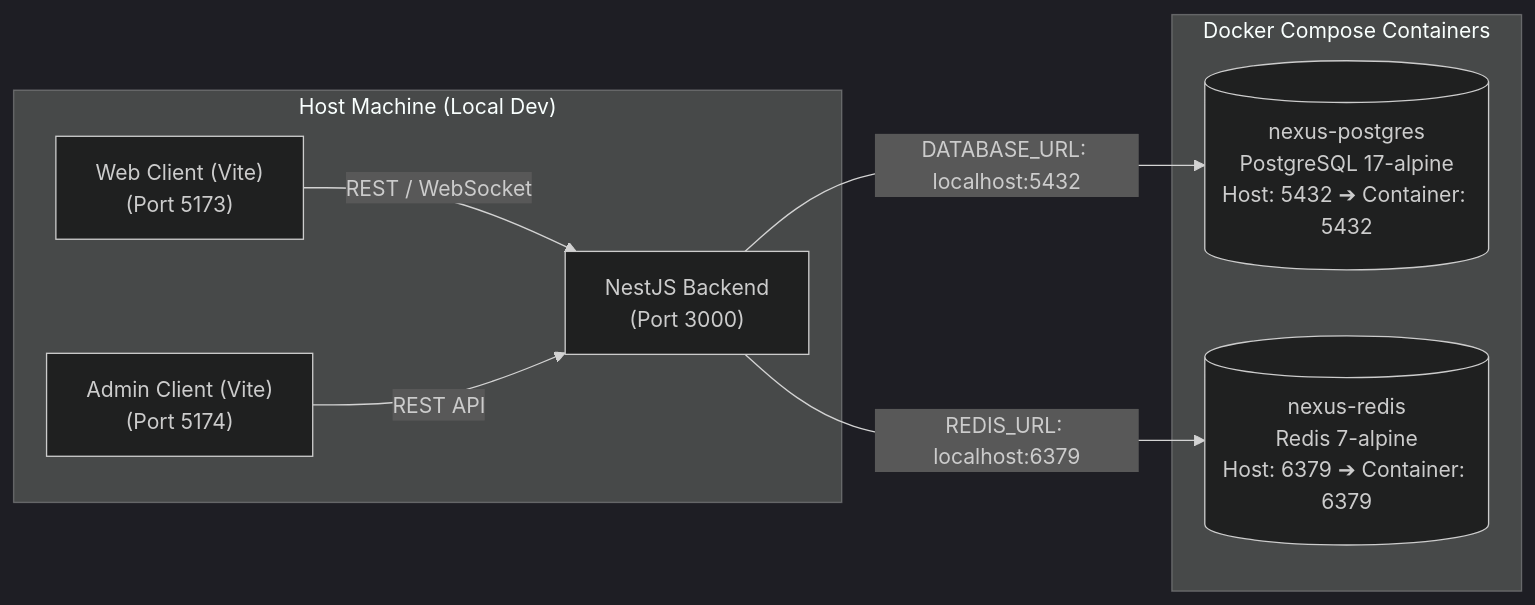
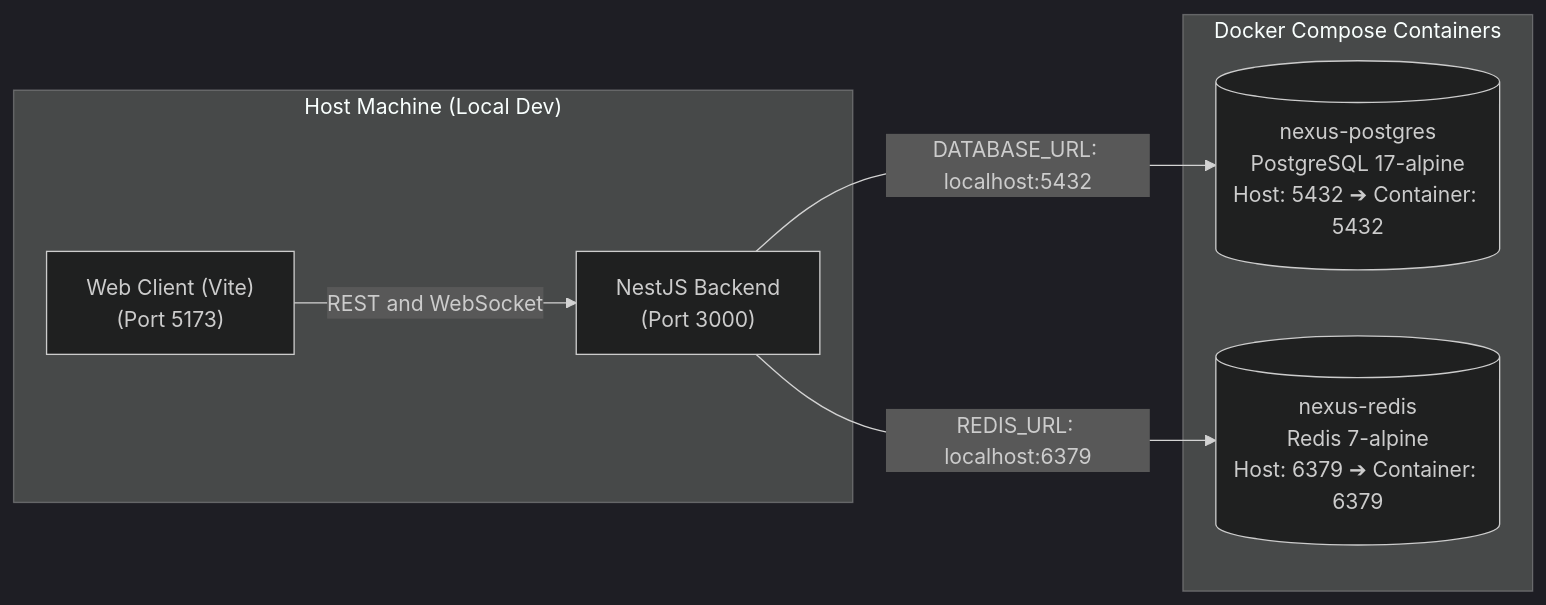
The diagram in infra/README.md (MinhPhuc00ne/project-nexus), drawn with Mermaid (dark theme) before and after one commit. The commit also changed other lines of this file and 9 other files, not shown here.

````diff
--- a/infra/README.md
+++ b/infra/README.md
@@ -11,18 +11,16 @@
 ```mermaid
 flowchart LR
     subgraph HostOS["Host Machine (Local Dev)"]
         BE["NestJS Backend<br/>(Port 3000)"]
-        FE_Web["Web Client (Vite)<br/>(Port 5173)"]
-        FE_Admin["Admin Client (Vite)<br/>(Port 5174)"]
+        FE["Web Client (Vite)<br/>(Port 5173)"]
     end
 
     subgraph DockerContainers["Docker Compose Containers"]
         PG[("nexus-postgres<br/>PostgreSQL 17-alpine<br/>Host: 5432 ➔ Container: 5432")]
         RD[("nexus-redis<br/>Redis 7-alpine<br/>Host: 6379 ➔ Container: 6379")]
     end
 
     BE -->|DATABASE_URL: localhost:5432| PG
     BE -->|REDIS_URL: localhost:6379| RD
-    FE_Web -->|REST / WebSocket| BE
-    FE_Admin -->|REST API| BE
+    FE -->|REST and WebSocket| BE
 ```
````
